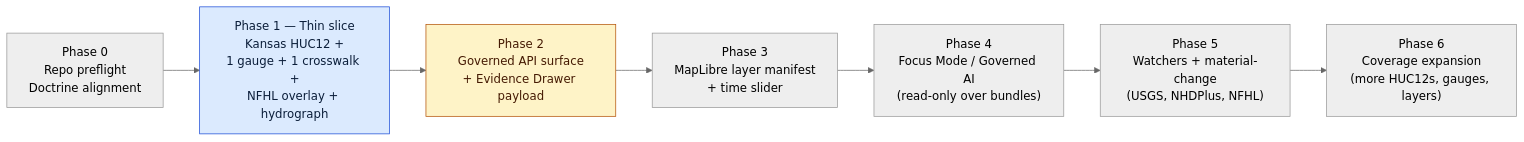
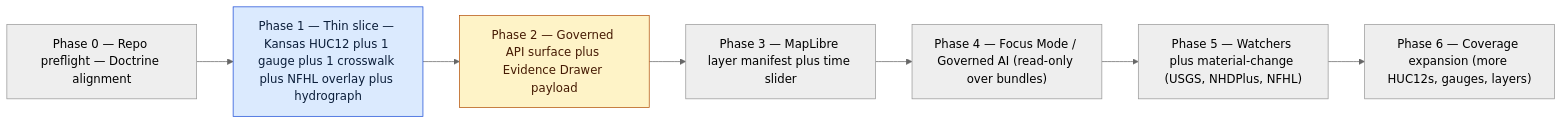
Before and after one commit to bartytime4life/Kansas-Frontier-Matrix: the first of 3 diagrams in docs/domains/hydrology/EXPANSION_PLAN.md, drawn with Mermaid (neutral theme). The commit also changed other lines of this file, not shown here.

````diff
--- a/docs/domains/hydrology/EXPANSION_PLAN.md
+++ b/docs/domains/hydrology/EXPANSION_PLAN.md
@@ -178,17 +201,17 @@
 ```mermaid
 flowchart LR
-  P0["Phase 0<br/>Repo preflight<br/>Doctrine alignment"]
-  P1["Phase 1 — Thin slice<br/>Kansas HUC12 +<br/>1 gauge + 1 crosswalk +<br/>NFHL overlay + hydrograph"]
-  P2["Phase 2<br/>Governed API surface<br/>+ Evidence Drawer payload"]
-  P3["Phase 3<br/>MapLibre layer manifest<br/>+ time slider"]
-  P4["Phase 4<br/>Focus Mode / Governed AI<br/>(read-only over bundles)"]
-  P5["Phase 5<br/>Watchers + material-change<br/>(USGS, NHDPlus, NFHL)"]
-  P6["Phase 6<br/>Coverage expansion<br/>(more HUC12s, gauges, layers)"]
+  P0["Phase 0 — Repo preflight — Doctrine alignment"]
+  P1["Phase 1 — Thin slice — Kansas HUC12 plus 1 gauge plus 1 crosswalk plus NFHL overlay plus hydrograph"]
+  P2["Phase 2 — Governed API surface plus Evidence Drawer payload"]
+  P3["Phase 3 — MapLibre layer manifest plus time slider"]
+  P4["Phase 4 — Focus Mode / Governed AI (read-only over bundles)"]
+  P5["Phase 5 — Watchers plus material-change (USGS, NHDPlus, NFHL)"]
+  P6["Phase 6 — Coverage expansion (more HUC12s, gauges, layers)"]
 
   P0 --> P1 --> P2 --> P3 --> P4 --> P5 --> P6
 
   classDef now fill:#dbeafe,stroke:#1d4ed8,color:#0b1e3a;
   classDef next fill:#fef3c7,stroke:#b45309,color:#451a03;
   class P1 now
   class P2 next
 ```
````
